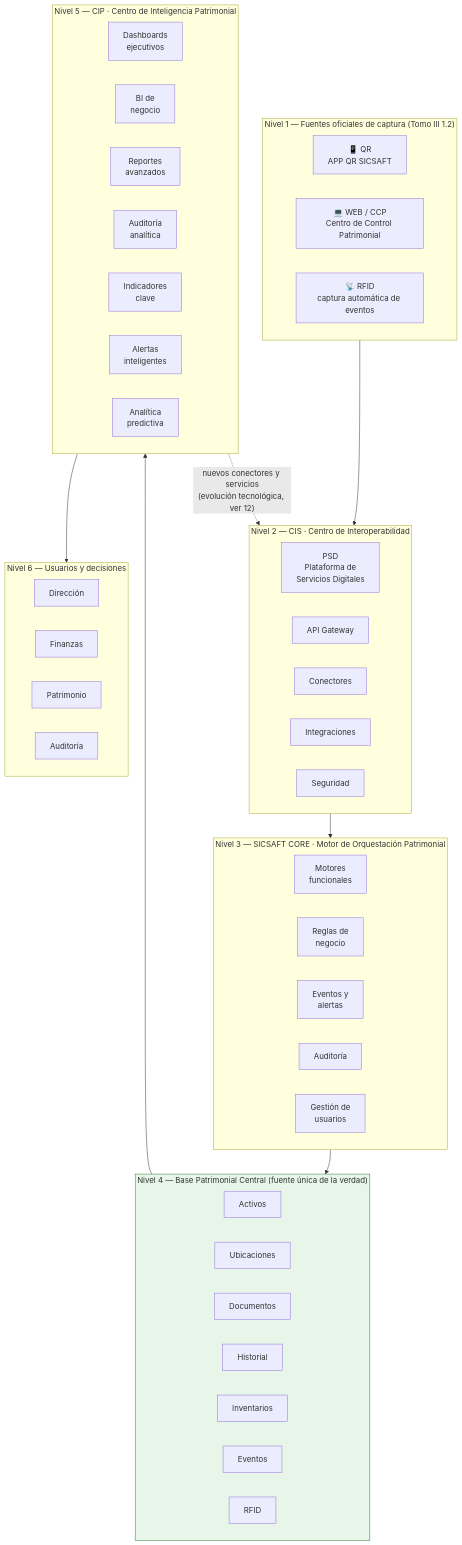
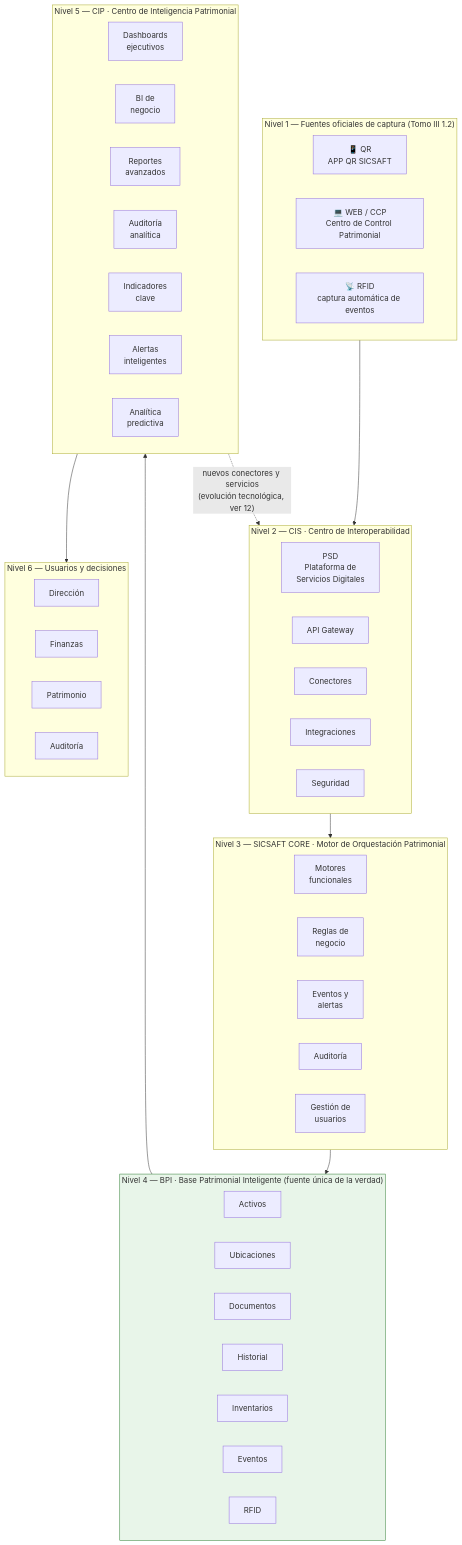
Before and after one commit to jhonabruzzi278/SICSAFT: the diagram in ARQUITECTURA-WAF.md, drawn with Mermaid. The commit also changed other lines of this file and 153 other files, not shown here.

````diff
--- a/ARQUITECTURA-WAF.md
+++ b/ARQUITECTURA-WAF.md
@@ -82,62 +80,62 @@
 ```mermaid
 flowchart TD
     subgraph N1["Nivel 1 — Fuentes oficiales de captura (Tomo III 1.2)"]
         direction LR
         QR["📱 QR<br/>APP QR SICSAFT"]
         WEBC["💻 WEB / CCP<br/>Centro de Control Patrimonial"]
         RFIDC["📡 RFID<br/>captura automática de eventos"]
     end
 
     subgraph N2["Nivel 2 — CIS · Centro de Interoperabilidad"]
         direction LR
         PSD["PSD<br/>Plataforma de<br/>Servicios Digitales"]
         GW["API Gateway"]
         CONN["Conectores"]
         INTEG["Integraciones"]
         SEC["Seguridad"]
     end
 
     subgraph N3["Nivel 3 — SICSAFT CORE · Motor de Orquestación Patrimonial"]
         direction LR
         MOT["Motores<br/>funcionales"]
         REG["Reglas de<br/>negocio"]
         EVT["Eventos y<br/>alertas"]
         AUD3["Auditoría"]
         USR["Gestión de<br/>usuarios"]
     end
 
-    subgraph N4["Nivel 4 — Base Patrimonial Central (fuente única de la verdad)"]
+    subgraph N4["Nivel 4 — BPI · Base Patrimonial Inteligente (fuente única de la verdad)"]
         direction LR
         ACT["Activos"]
         UBI["Ubicaciones"]
         DOCN["Documentos"]
         HIST["Historial"]
         INV["Inventarios"]
         EVTL["Eventos"]
         RFIDL["RFID"]
     end
 
     subgraph N5["Nivel 5 — CIP · Centro de Inteligencia Patrimonial"]
         direction LR
         DASH["Dashboards<br/>ejecutivos"]
         BI["BI de<br/>negocio"]
         REP["Reportes<br/>avanzados"]
         AUDA["Auditoría<br/>analítica"]
         IND["Indicadores<br/>clave"]
         ALERT["Alertas<br/>inteligentes"]
         PRED["Analítica<br/>predictiva"]
     end
 
     subgraph N6["Nivel 6 — Usuarios y decisiones"]
         direction LR
         DIR["Dirección"]
         FIN["Finanzas"]
         PAT["Patrimonio"]
         AUDU["Auditoría"]
     end
 
     N1 --> N2 --> N3 --> N4 --> N5 --> N6
     N5 -.->|"nuevos conectores y servicios<br/>(evolución tecnológica, ver 12)"| N2
 
     style N4 fill:#e8f5e9,stroke:#2e7d32
 ```
````
